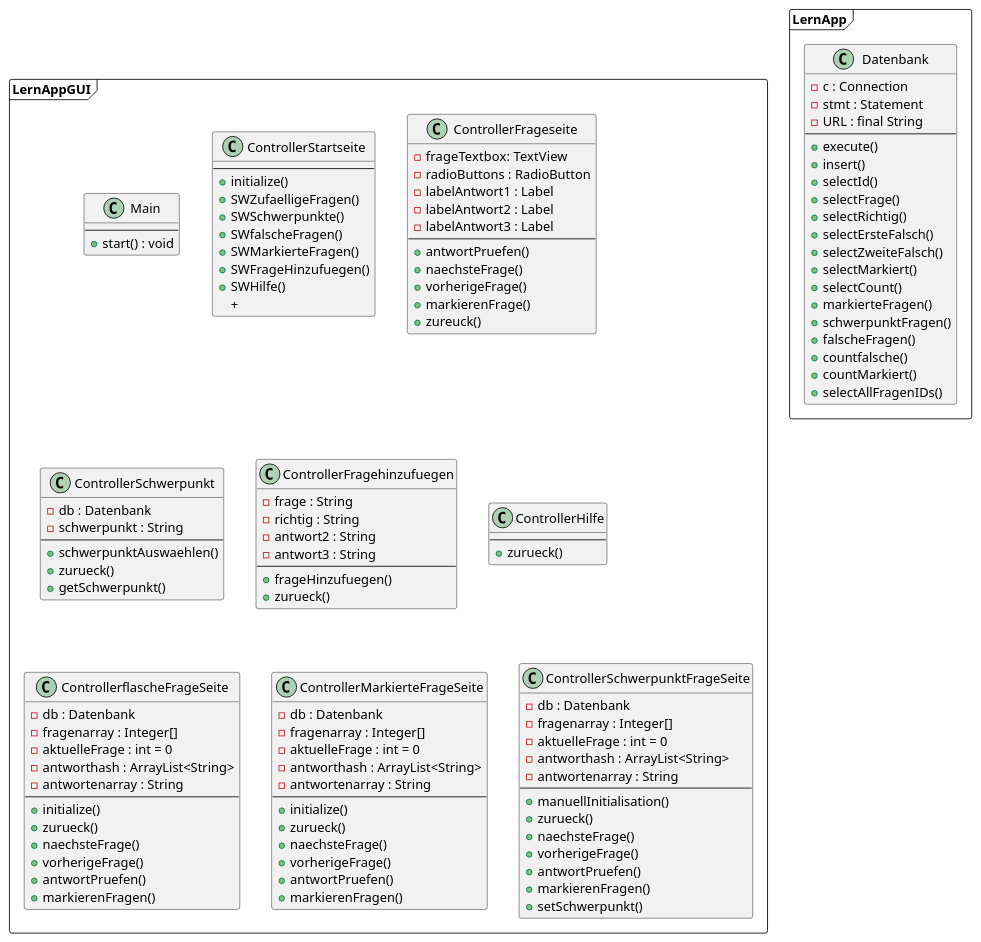
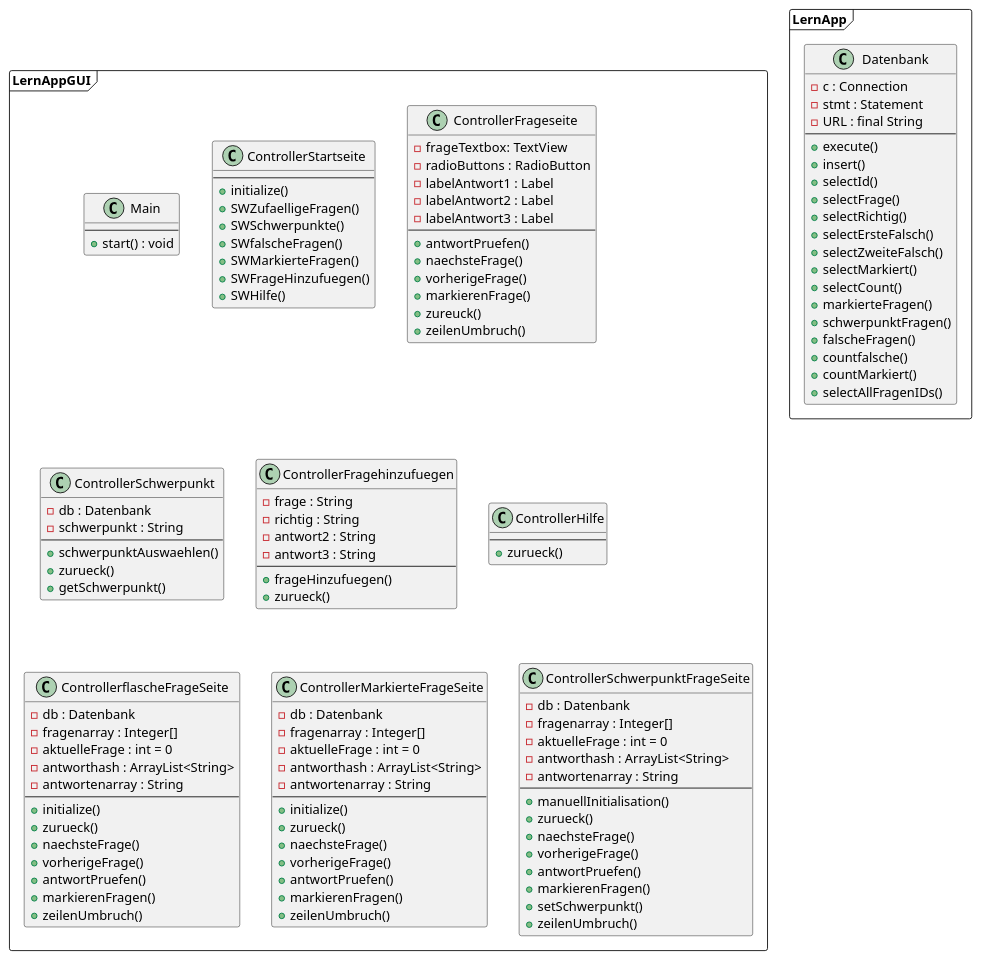
The diagram in docs/klassendiagramm.puml (DerM0narch/LernApp), drawn with PlantUML before and after one commit. The commit also changed 5 other files, not shown here.

```diff
--- a/docs/klassendiagramm.puml
+++ b/docs/klassendiagramm.puml
@@ -1,133 +1,136 @@
 @startuml klassendiagramm
 
 frame LernApp{
 
 class Datenbank {
     - c : Connection
     - stmt : Statement
     - URL : final String
     --
     + execute()
     + insert()
     + selectId()
     + selectFrage()
     + selectRichtig()
     + selectErsteFalsch()
     + selectZweiteFalsch()
     + selectMarkiert()
     + selectCount()
     + markierteFragen()
     + schwerpunktFragen()
     + falscheFragen()
     + countfalsche()
     + countMarkiert()
     + selectAllFragenIDs()
 }
 
 }
 
 frame LernAppGUI {
 
 class Main {
     --
     + start() : void
 }
 class ControllerStartseite {
     --
     + initialize()
     + SWZufaelligeFragen()
     + SWSchwerpunkte()
     + SWfalscheFragen()
     + SWMarkierteFragen()
     + SWFrageHinzufuegen()
     + SWHilfe()
-    +
 }
 
 class ControllerFrageseite {
     - frageTextbox: TextView
     - radioButtons : RadioButton
     - labelAntwort1 : Label
     - labelAntwort2 : Label
     - labelAntwort3 : Label
     --
     + antwortPruefen()
     + naechsteFrage()
     + vorherigeFrage()
     + markierenFrage()
     + zureuck()
+    + zeilenUmbruch()
 }
 
 class ControllerSchwerpunkt{
     - db : Datenbank
     - schwerpunkt : String
     --
     + schwerpunktAuswaehlen()
     + zurueck()
     + getSchwerpunkt()
 }
 
 class ControllerFragehinzufuegen{
     - frage : String
     - richtig : String
     - antwort2 : String
     - antwort3 : String
     --
     + frageHinzufuegen()
     + zurueck()
 }
 
 class ControllerHilfe{
     --
     + zurueck()
 }
 
 class ControllerflascheFrageSeite{
     - db : Datenbank
     - fragenarray : Integer[]
     - aktuelleFrage : int = 0
     - antworthash : ArrayList<String>
     - antwortenarray : String
     --
     + initialize()
     + zurueck()
     + naechsteFrage()
     + vorherigeFrage()
     + antwortPruefen()
     + markierenFragen()
+    + zeilenUmbruch()
 }
 
 class ControllerMarkierteFrageSeite{
     - db : Datenbank
     - fragenarray : Integer[]
     - aktuelleFrage : int = 0
     - antworthash : ArrayList<String>
     - antwortenarray : String
     --
     + initialize()
     + zurueck()
     + naechsteFrage()
     + vorherigeFrage()
     + antwortPruefen()
     + markierenFragen()
+    + zeilenUmbruch()
 }
 
 class ControllerSchwerpunktFrageSeite{
     - db : Datenbank
     - fragenarray : Integer[]
     - aktuelleFrage : int = 0
     - antworthash : ArrayList<String>
     - antwortenarray : String
     --
     + manuellInitialisation()
     + zurueck()
     + naechsteFrage()
     + vorherigeFrage()
     + antwortPruefen()
     + markierenFragen()
     + setSchwerpunkt()
+    + zeilenUmbruch()
 }
 
 
 
 @enduml
```
